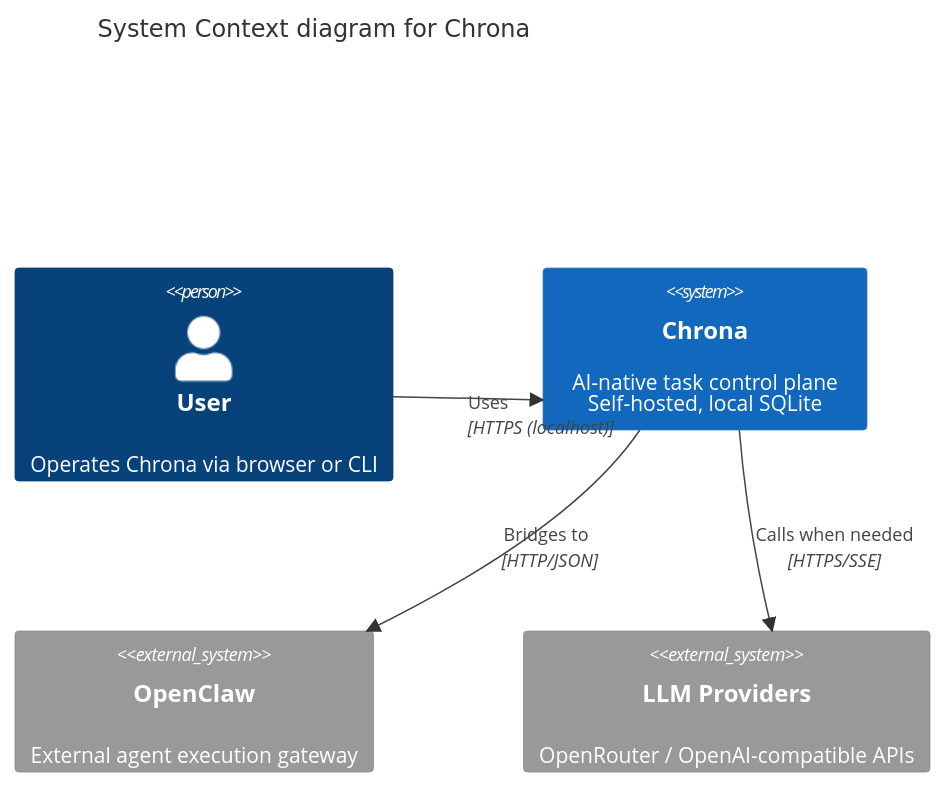
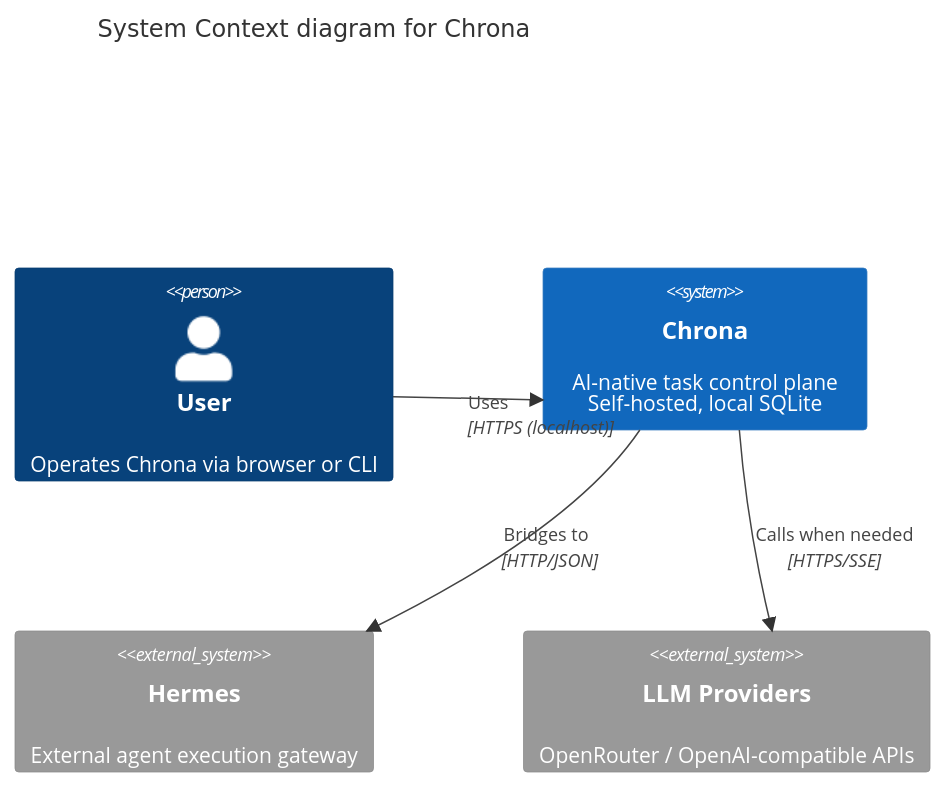
The second of 7 diagrams in docs/architecture.md (saya-ashen/Chrona), drawn with Mermaid before and after one commit. The commit also changed other lines of this file and 129 other files, not shown here.

````diff
--- a/docs/architecture.md
+++ b/docs/architecture.md
@@ -90,13 +90,13 @@
 ```mermaid
 C4Context
     title System Context diagram for Chrona
 
     Person(user, "User", "Operates Chrona via browser or CLI")
     System(chrona, "Chrona", "AI-native task control plane<br/>Self-hosted, local SQLite")
-    System_Ext(openclaw, "OpenClaw", "External agent execution gateway")
+    System_Ext(hermes, "Hermes", "External agent execution gateway")
     System_Ext(llm, "LLM Providers", "OpenRouter / OpenAI-compatible APIs")
 
     Rel(user, chrona, "Uses", "HTTPS (localhost)")
-    Rel(chrona, openclaw, "Bridges to", "HTTP/JSON")
+    Rel(chrona, hermes, "Bridges to", "HTTP/JSON")
     Rel(chrona, llm, "Calls when needed", "HTTPS/SSE")
 ```
````
